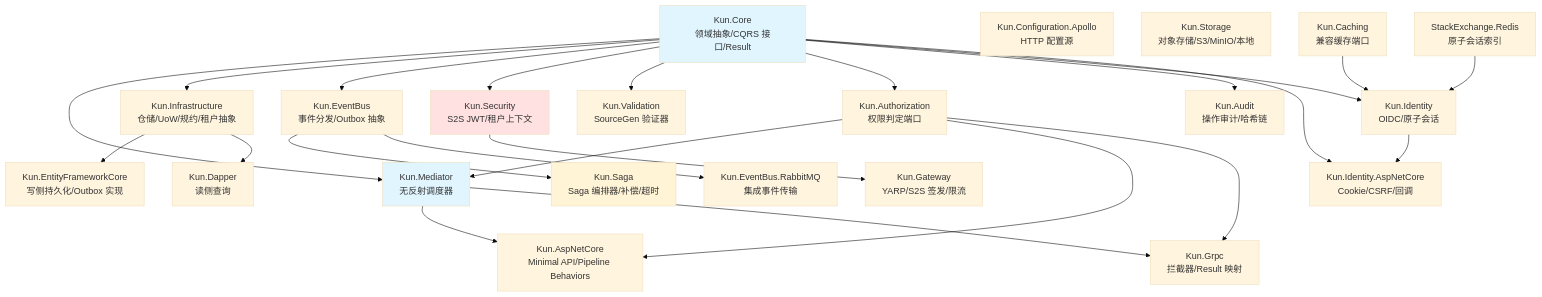
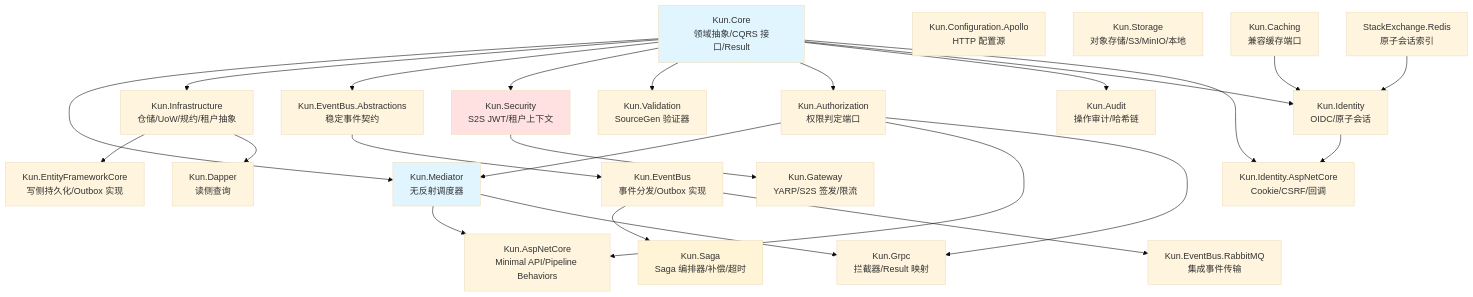
The diagram in docs/architecture/module-map.md (idadawn/kun), drawn with Mermaid (base theme) before and after one commit. The commit also changed other lines of this file and 25 other files, not shown here.

````diff
--- a/docs/architecture/module-map.md
+++ b/docs/architecture/module-map.md
@@ -95,37 +96,38 @@
 ```mermaid
 graph TD
     Core[Kun.Core<br/>领域抽象/CQRS 接口/Result] --> Mediator[Kun.Mediator<br/>无反射调度器]
     Core --> Infra[Kun.Infrastructure<br/>仓储/UoW/规约/租户抽象]
-    Core --> EventBus[Kun.EventBus<br/>事件分发/Outbox 抽象]
+    Core --> EventContracts[Kun.EventBus.Abstractions<br/>稳定事件契约]
+    EventContracts --> EventBus[Kun.EventBus<br/>事件分发/Outbox 实现]
     Core --> Security[Kun.Security<br/>S2S JWT/租户上下文]
     Core --> Validation[Kun.Validation<br/>SourceGen 验证器]
     Core --> Authorization[Kun.Authorization<br/>权限判定端口]
     Authorization --> Mediator
     Authorization --> AspNet
     Authorization --> Grpc
     Apollo[Kun.Configuration.Apollo<br/>HTTP 配置源]
     Core --> Audit[Kun.Audit<br/>操作审计/哈希链]
 
     Infra --> EfCore[Kun.EntityFrameworkCore<br/>写侧持久化/Outbox 实现]
     Infra --> Dapper[Kun.Dapper<br/>读侧查询]
 
     EventBus --> Saga[Kun.Saga<br/>Saga 编排器/补偿/超时]
     EventBus --> RabbitMq[Kun.EventBus.RabbitMQ<br/>集成事件传输]
 
     Storage[Kun.Storage<br/>对象存储/S3/MinIO/本地]
 
     Mediator --> AspNet[Kun.AspNetCore<br/>Minimal API/Pipeline Behaviors]
     Mediator --> Grpc[Kun.Grpc<br/>拦截器/Result 映射]
 
     Security --> Gateway[Kun.Gateway<br/>YARP/S2S 签发/限流]
     Core --> Identity[Kun.Identity<br/>OIDC/原子会话]
     Caching[Kun.Caching<br/>兼容缓存端口] --> Identity
     RedisClient[StackExchange.Redis<br/>原子会话索引] --> Identity
     Identity --> IdentityWeb[Kun.Identity.AspNetCore<br/>Cookie/CSRF/回调]
     Core --> IdentityWeb
 
     style Core fill:#e1f5ff
     style Mediator fill:#e1f5ff
     style Security fill:#ffe1e1
     style Saga fill:#fff4d6
 ```
````
